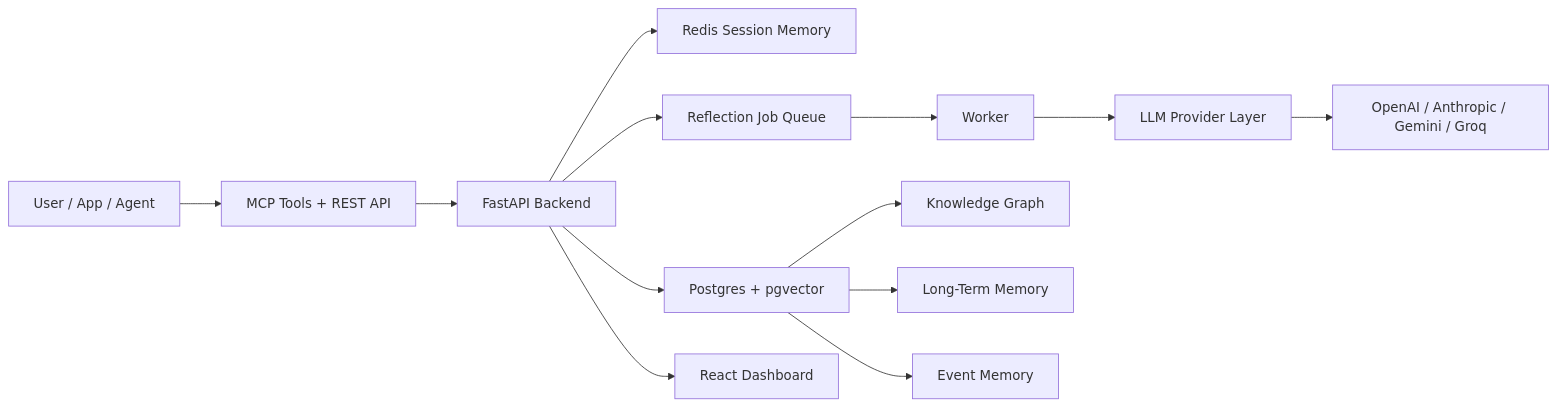
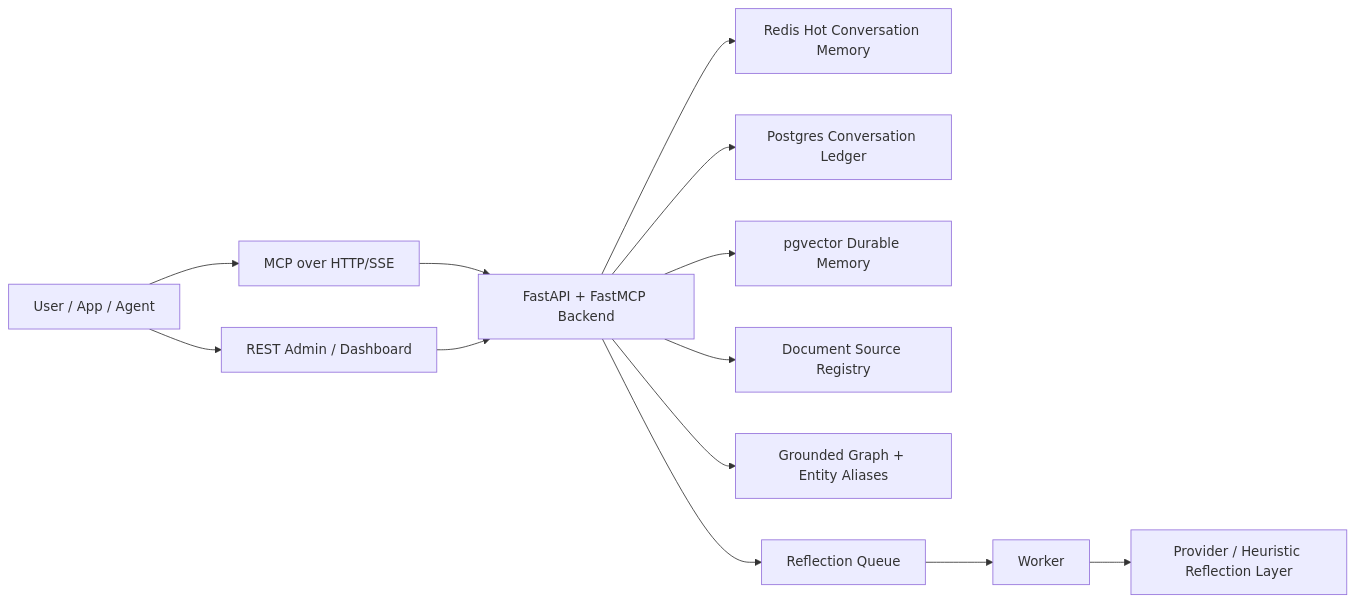
Before and after one commit to theusamaaslam/MemoryOS: the diagram in README.md, drawn with Mermaid. The commit also changed other lines of this file and 58 other files, not shown here.

First line of the commit message:
Ship production-grade memory retrieval and MCP control plane

````diff
--- a/README.md
+++ b/README.md
@@ -31,15 +59,15 @@
 ```mermaid
 flowchart LR
-    A["User / App / Agent"] --> B["MCP Tools + REST API"]
-    B --> C["FastAPI Backend"]
-    C --> D["Redis Session Memory"]
-    C --> E["Postgres + pgvector"]
-    C --> F["Reflection Job Queue"]
-    F --> G["Worker"]
-    G --> H["LLM Provider Layer"]
-    H --> I["OpenAI / Anthropic / Gemini / Groq"]
-    C --> J["React Dashboard"]
-    E --> K["Knowledge Graph"]
-    E --> L["Long-Term Memory"]
-    E --> M["Event Memory"]
+    A["User / App / Agent"] --> B["MCP over HTTP/SSE"]
+    A --> C["REST Admin / Dashboard"]
+    B --> D["FastAPI + FastMCP Backend"]
+    C --> D
+    D --> E["Redis Hot Conversation Memory"]
+    D --> F["Postgres Conversation Ledger"]
+    D --> G["pgvector Durable Memory"]
+    D --> H["Document Source Registry"]
+    D --> I["Grounded Graph + Entity Aliases"]
+    D --> J["Reflection Queue"]
+    J --> K["Worker"]
+    K --> L["Provider / Heuristic Reflection Layer"]
 ```
````
